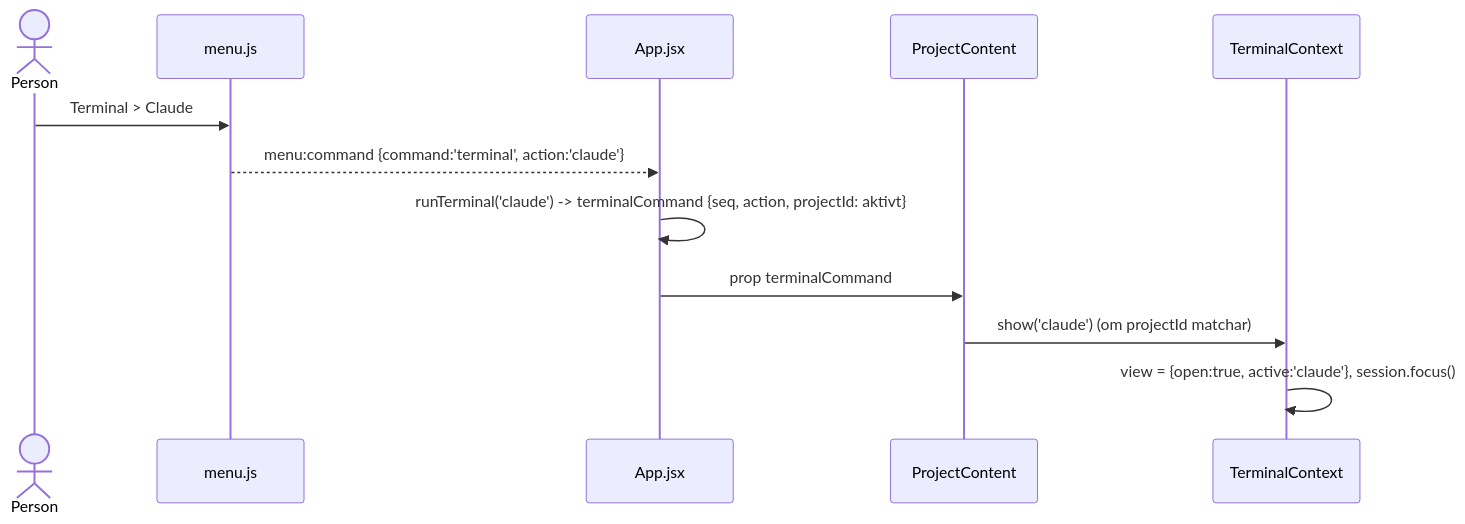
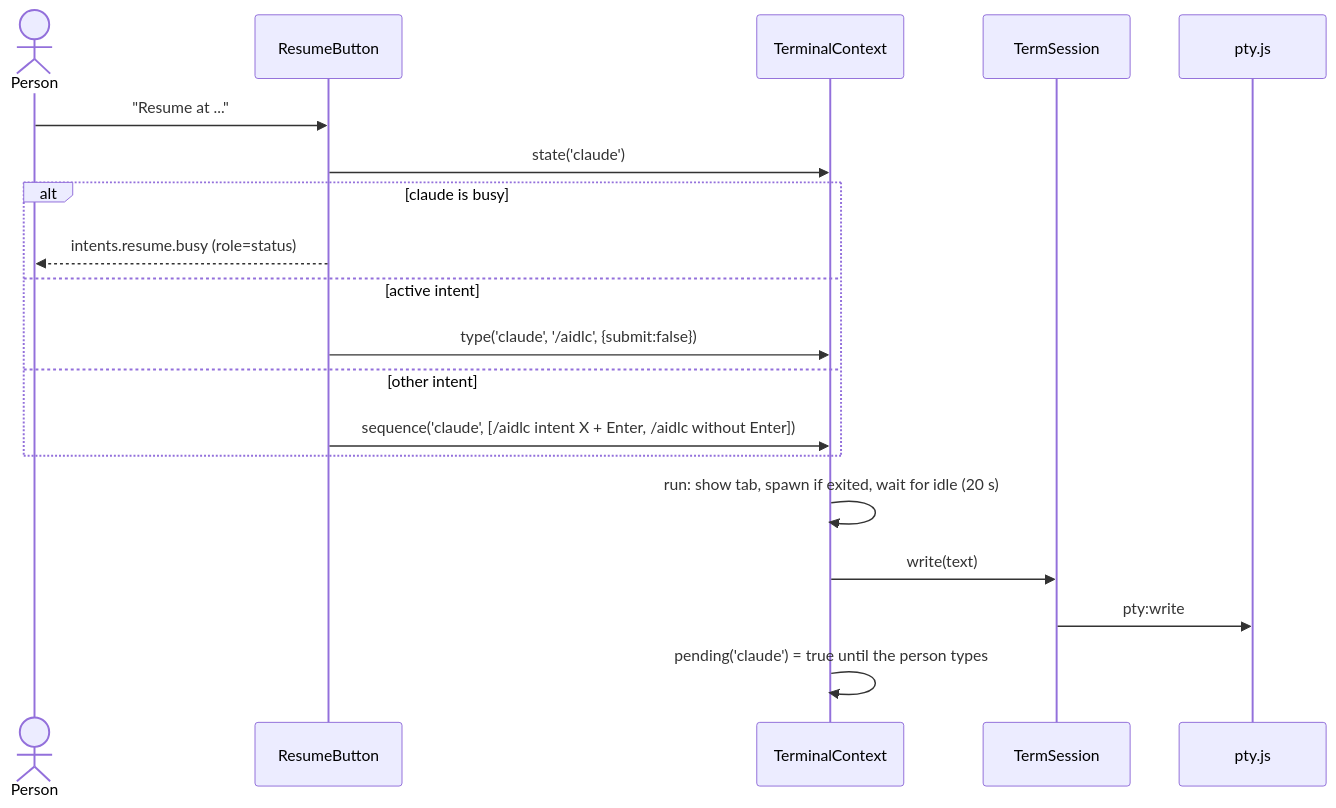
The sixth of 8 diagrams in aidlc/spaces/default/codekb/aidlc-dash/architecture.md (tochman/ai-dlc-thadeus), drawn with Mermaid before and after one commit. The commit also changed other lines of this file and 35 other files, not shown here.

````diff
--- a/aidlc/spaces/default/codekb/aidlc-dash/architecture.md
+++ b/aidlc/spaces/default/codekb/aidlc-dash/architecture.md
@@ -230,14 +200,21 @@
 ```mermaid
 sequenceDiagram
   actor Person
-  participant Menu as menu.js
-  participant App as App.jsx
-  participant PV as ProjectContent
+  participant RB as ResumeButton
   participant TC as TerminalContext
-  Person->>Menu: Terminal > Claude
-  Menu-->>App: menu:command {command:'terminal', action:'claude'}
-  App->>App: runTerminal('claude') -> terminalCommand {seq, action, projectId: aktivt}
-  App->>PV: prop terminalCommand
-  PV->>TC: show('claude') (om projectId matchar)
-  TC->>TC: view = {open:true, active:'claude'}, session.focus()
+  participant TS as TermSession
+  participant PTY as pty.js
+  Person->>RB: "Resume at ..."
+  RB->>TC: state('claude')
+  alt claude is busy
+    RB-->>Person: intents.resume.busy (role=status)
+  else active intent
+    RB->>TC: type('claude', '/aidlc', {submit:false})
+  else other intent
+    RB->>TC: sequence('claude', [/aidlc intent X + Enter, /aidlc without Enter])
+  end
+  TC->>TC: run: show tab, spawn if exited, wait for idle (20 s)
+  TC->>TS: write(text)
+  TS->>PTY: pty:write
+  TC->>TC: pending('claude') = true until the person types
 ```
````
